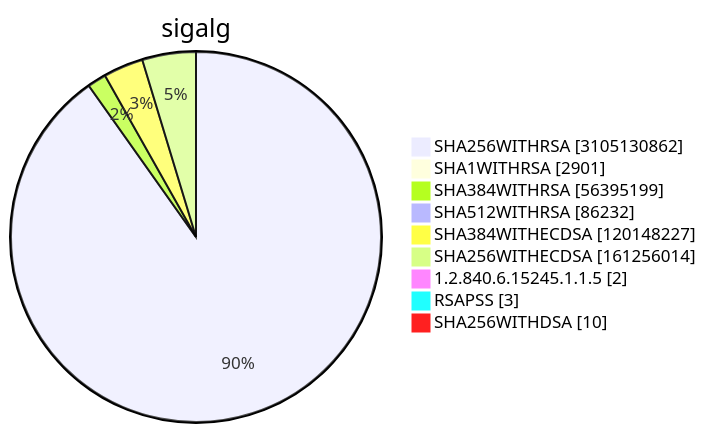
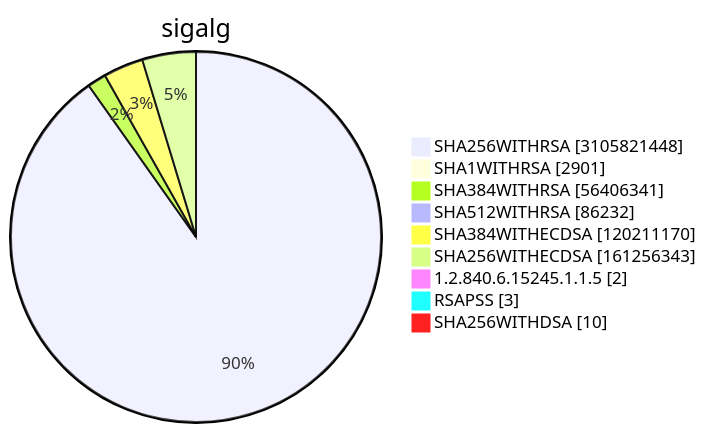
One commit to christiankrug/ctmonitor_visualization changed diagram 15 of 15 in TOTAL/README.md. Above: the diagram before and after it, drawn with Mermaid. The commit also changed other lines of this file, not shown here.

````diff
--- a/TOTAL/README.md
+++ b/TOTAL/README.md
@@ -6212,13 +6212,13 @@
 ```mermaid
 pie showData
 title sigalg
-"SHA256WITHRSA" :3105130862
+"SHA256WITHRSA" :3105821448
 "SHA1WITHRSA" :2901
-"SHA384WITHRSA" :56395199
+"SHA384WITHRSA" :56406341
 "SHA512WITHRSA" :86232
-"SHA384WITHECDSA" :120148227
-"SHA256WITHECDSA" :161256014
+"SHA384WITHECDSA" :120211170
+"SHA256WITHECDSA" :161256343
 "1.2.840.6.15245.1.1.5" :2
 "RSAPSS" :3
 "SHA256WITHDSA" :10
 ```
````
